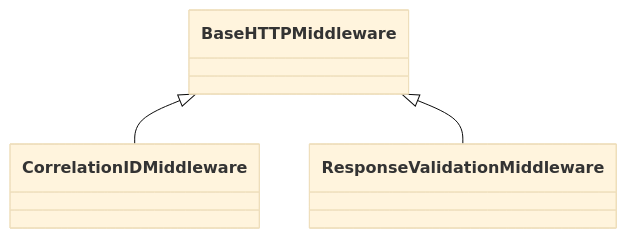
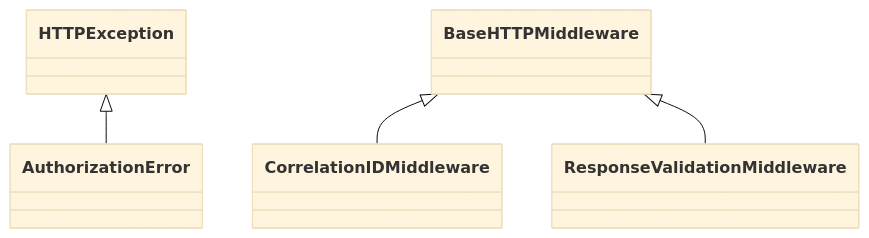
The first of 2 diagrams in docs/modules/search_api/app.md (paul-heyse/kgforge), drawn with Mermaid (base theme) before and after one commit. The commit also changed other lines of this file and 107 other files, not shown here.

````diff
--- a/docs/modules/search_api/app.md
+++ b/docs/modules/search_api/app.md
@@ -65,8 +72,11 @@
 ```mermaid
 classDiagram
+    class AuthorizationError
+    class HTTPException
+    HTTPException <|-- AuthorizationError
     class CorrelationIDMiddleware
     class BaseHTTPMiddleware
     BaseHTTPMiddleware <|-- CorrelationIDMiddleware
     class ResponseValidationMiddleware
     BaseHTTPMiddleware <|-- ResponseValidationMiddleware
 ```
````
